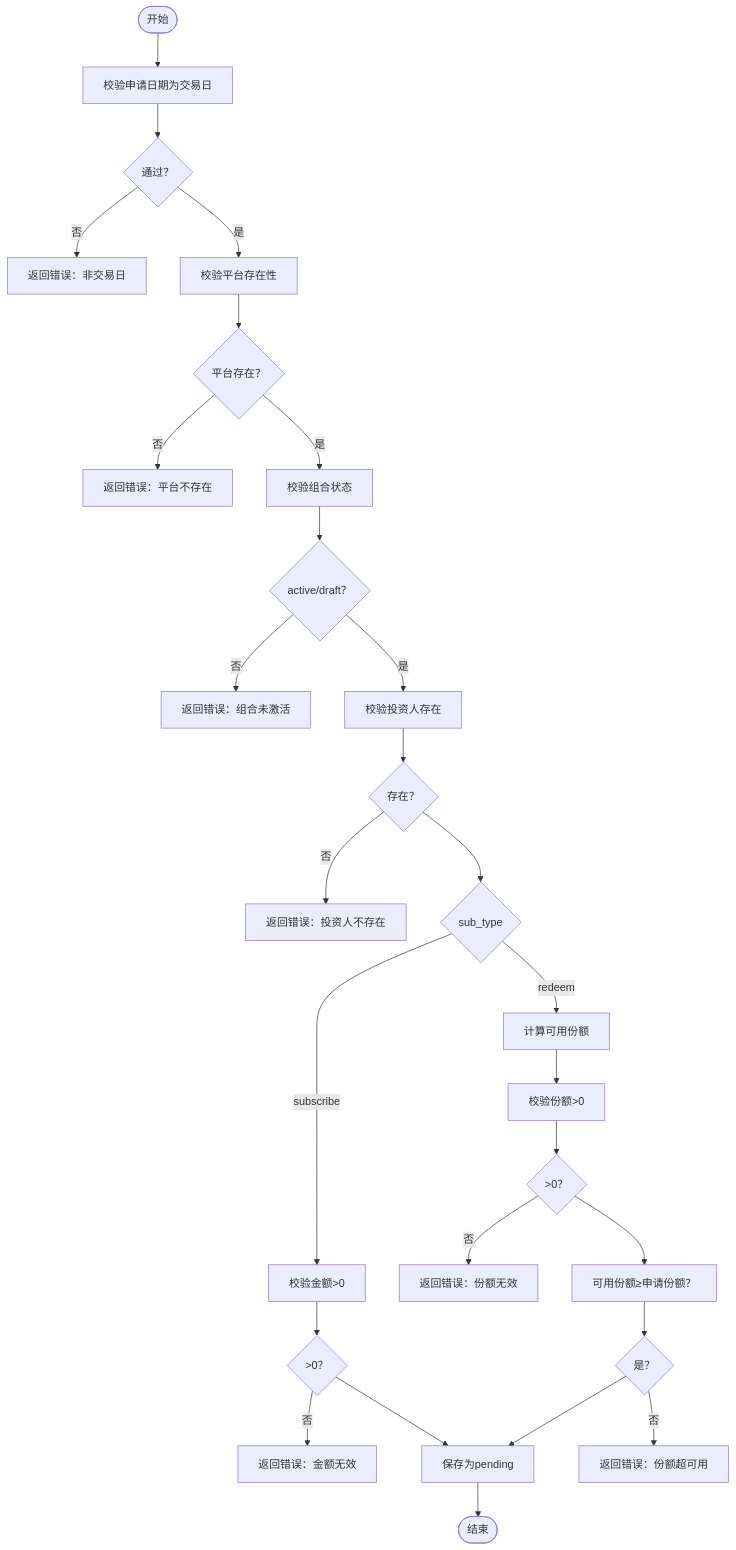
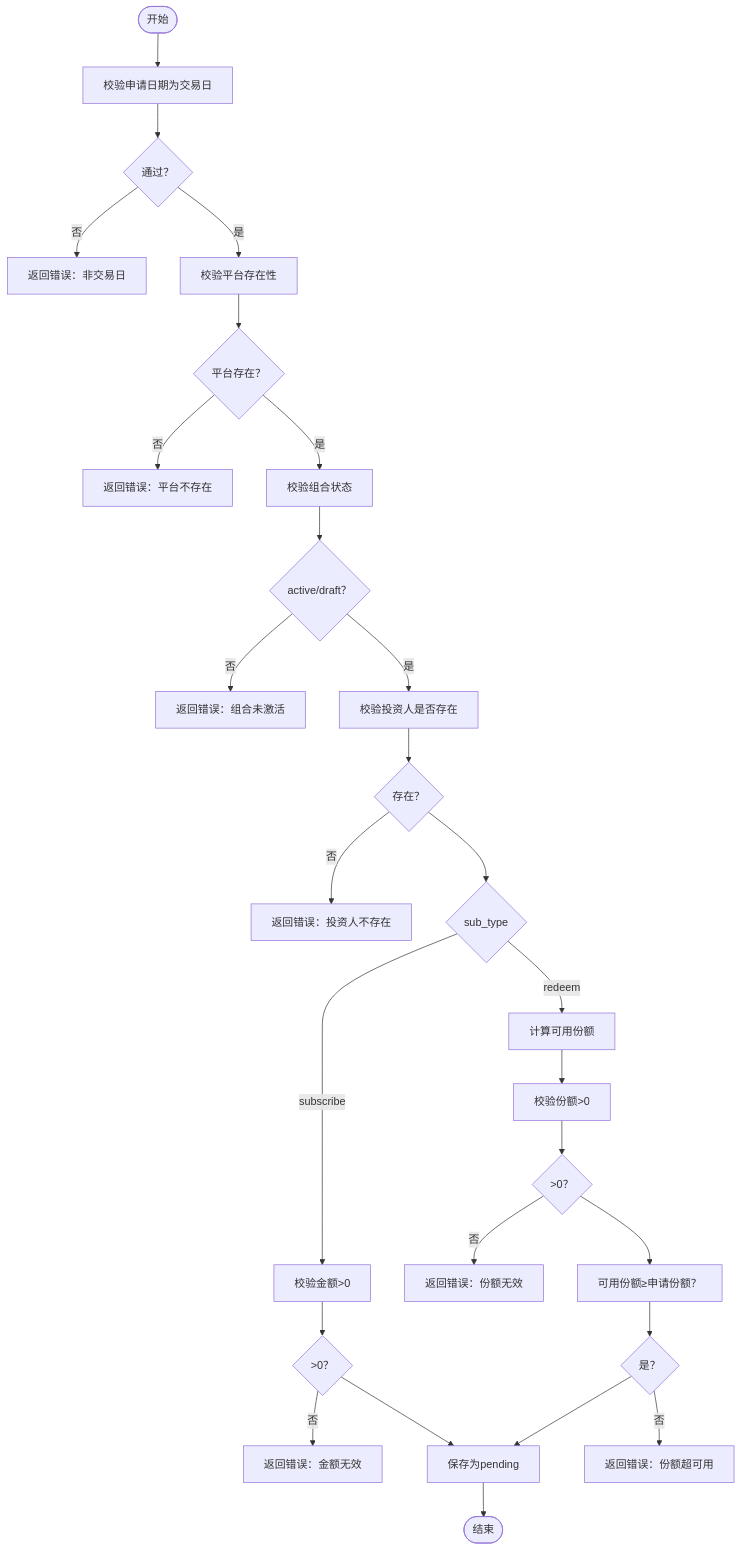
The fourth of 8 diagrams in .qoder/repowiki/zh/content/后端API文档/申购赎回API.md (gujialind/InvestRing), drawn with Mermaid before and after one commit. The commit also changed other lines of this file and 2 other files, not shown here.

````diff
--- a/.qoder/repowiki/zh/content/后端API文档/申购赎回API.md
+++ b/.qoder/repowiki/zh/content/后端API文档/申购赎回API.md
@@ -268,29 +270,29 @@
 ```mermaid
 flowchart TD
 Start(["开始"]) --> CheckApplyDate["校验申请日期为交易日"]
 CheckApplyDate --> ApplyDateOK{"通过？"}
 ApplyDateOK --> |否| Err1["返回错误：非交易日"]
 ApplyDateOK --> |是| CheckPlatform["校验平台存在性"]
 CheckPlatform --> PlatformOK{"平台存在？"}
 PlatformOK --> |否| ErrP["返回错误：平台不存在"]
 PlatformOK --> |是| CheckPortfolio["校验组合状态"]
 CheckPortfolio --> PortfolioOK{"active/draft？"}
 PortfolioOK --> |否| Err2["返回错误：组合未激活"]
-PortfolioOK --> |是| CheckInvestor["校验投资人存在"]
+PortfolioOK --> |是| CheckInvestor["校验投资人是否存在"]
 CheckInvestor --> InvestorOK{"存在？"}
 InvestorOK --> |否| Err3["返回错误：投资人不存在"]
 InvestorOK --> SubType{"sub_type"}
 SubType --> |subscribe| CheckAmount["校验金额>0"]
 SubType --> |redeem| CalcAvailable["计算可用份额"]
 CheckAmount --> AmountOK{">0？"}
 AmountOK --> |否| Err4["返回错误：金额无效"]
 AmountOK --> SavePending["保存为pending"]
 CalcAvailable --> CheckShares["校验份额>0"]
 CheckShares --> SharesOK{">0？"}
 SharesOK --> |否| Err5["返回错误：份额无效"]
 SharesOK --> CheckAvail["可用份额≥申请份额？"]
 CheckAvail --> AvailOK{"是？"}
 AvailOK --> |否| Err6["返回错误：份额超可用"]
 AvailOK --> SavePending
 SavePending --> End(["结束"])
 ```
````
